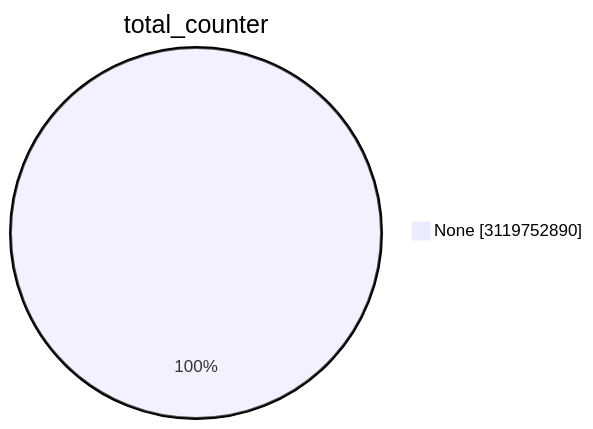
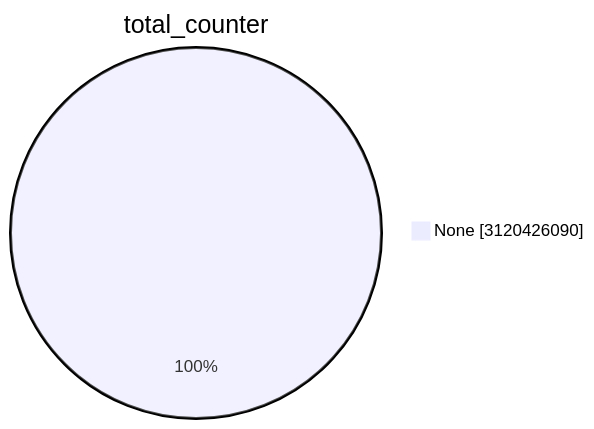
Before and after one commit to christiankrug/ctmonitor_visualization: the first of 15 diagrams in TOTAL/README.md, drawn with Mermaid. The commit also changed other lines of this file, not shown here.

````diff
--- a/TOTAL/README.md
+++ b/TOTAL/README.md
@@ -1,5 +1,5 @@
 ```mermaid
 pie showData
 title total_counter
-"None" :3119752890
+"None" :3120426090
 ```
````
